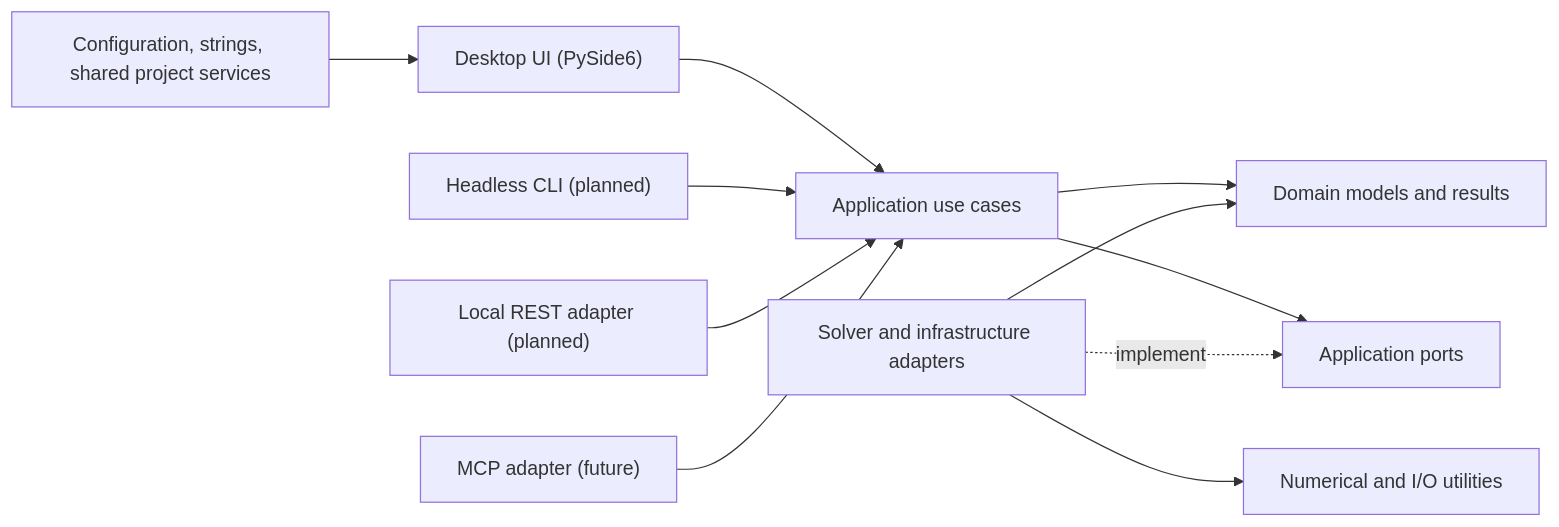
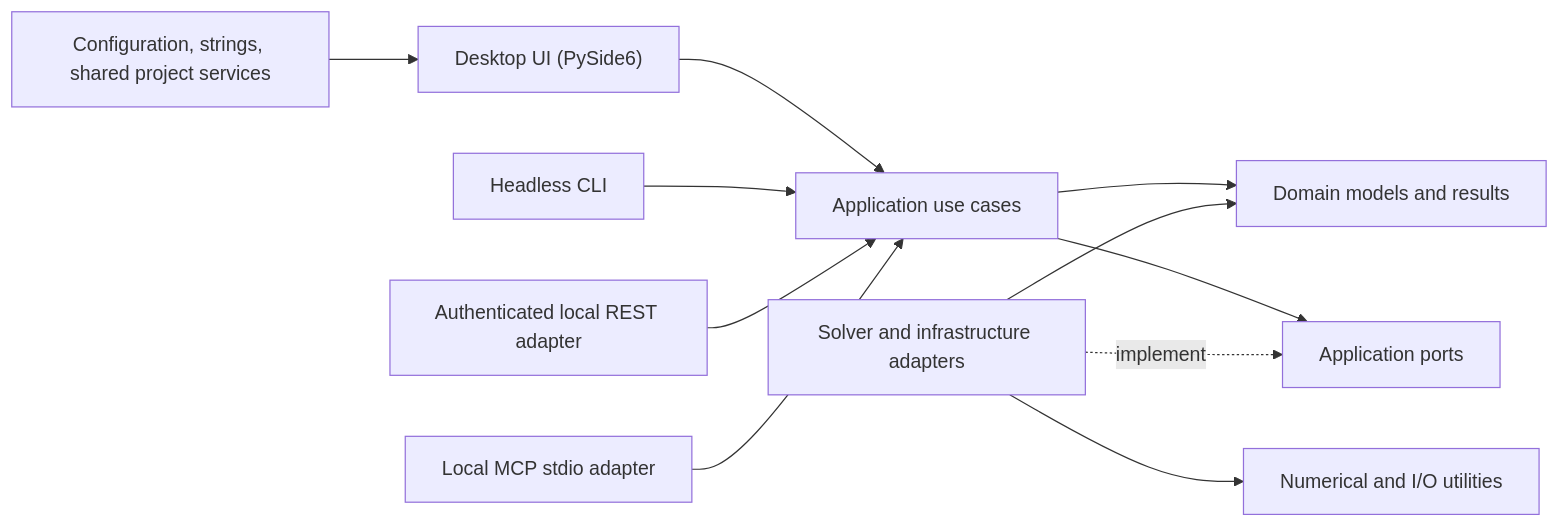
Before and after one commit to Pablo-gitub/optees: the diagram in docs/ARCHITECTURE.md, drawn with Mermaid. The commit also changed 8 other files, not shown here.

Commit message:
Add local MCP solver server

````diff
--- a/docs/ARCHITECTURE.md
+++ b/docs/ARCHITECTURE.md
@@ -13,13 +13,13 @@
 ```mermaid
 flowchart LR
     Desktop["Desktop UI (PySide6)"] --> Application["Application use cases"]
-    CLI["Headless CLI (planned)"] --> Application
-    REST["Local REST adapter (planned)"] --> Application
-    MCP["MCP adapter (future)"] --> Application
+    CLI["Headless CLI"] --> Application
+    REST["Authenticated local REST adapter"] --> Application
+    MCP["Local MCP stdio adapter"] --> Application
     Application --> Domain["Domain models and results"]
     Application --> Ports["Application ports"]
     Adapters["Solver and infrastructure adapters"] -. implement .-> Ports
     Adapters --> Utility["Numerical and I/O utilities"]
     Adapters --> Domain
     Core["Configuration, strings, shared project services"] --> Desktop
 ```
````
